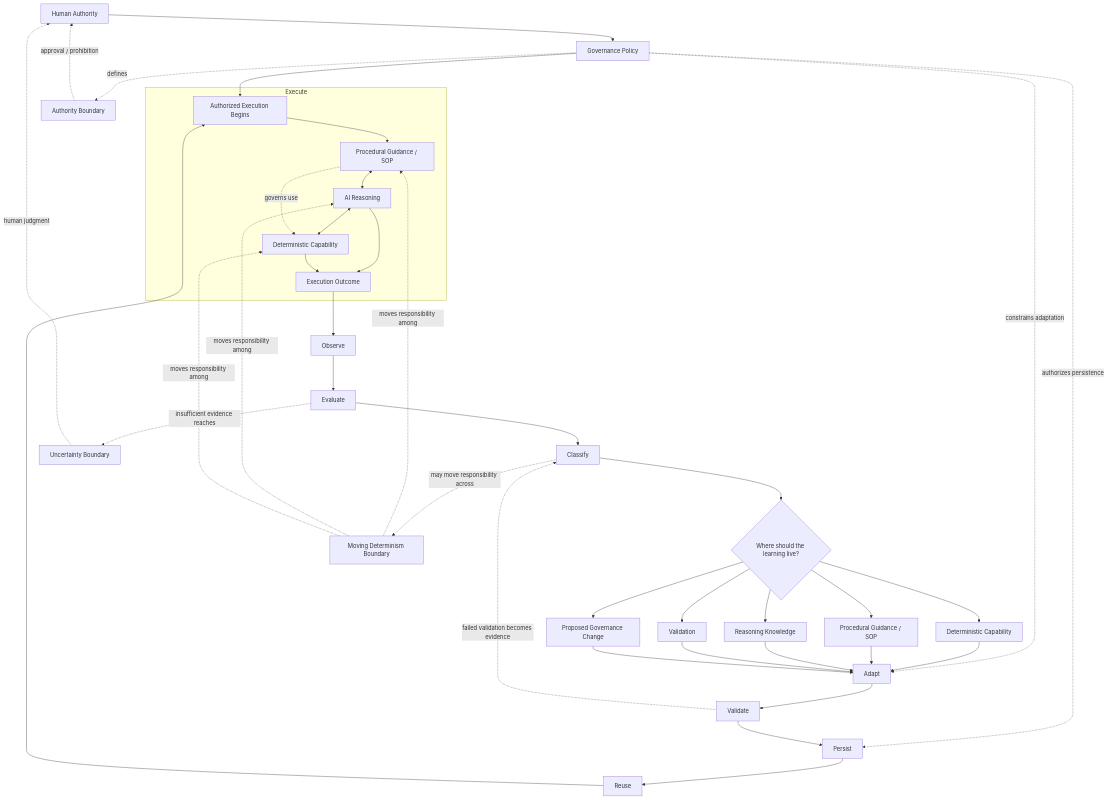
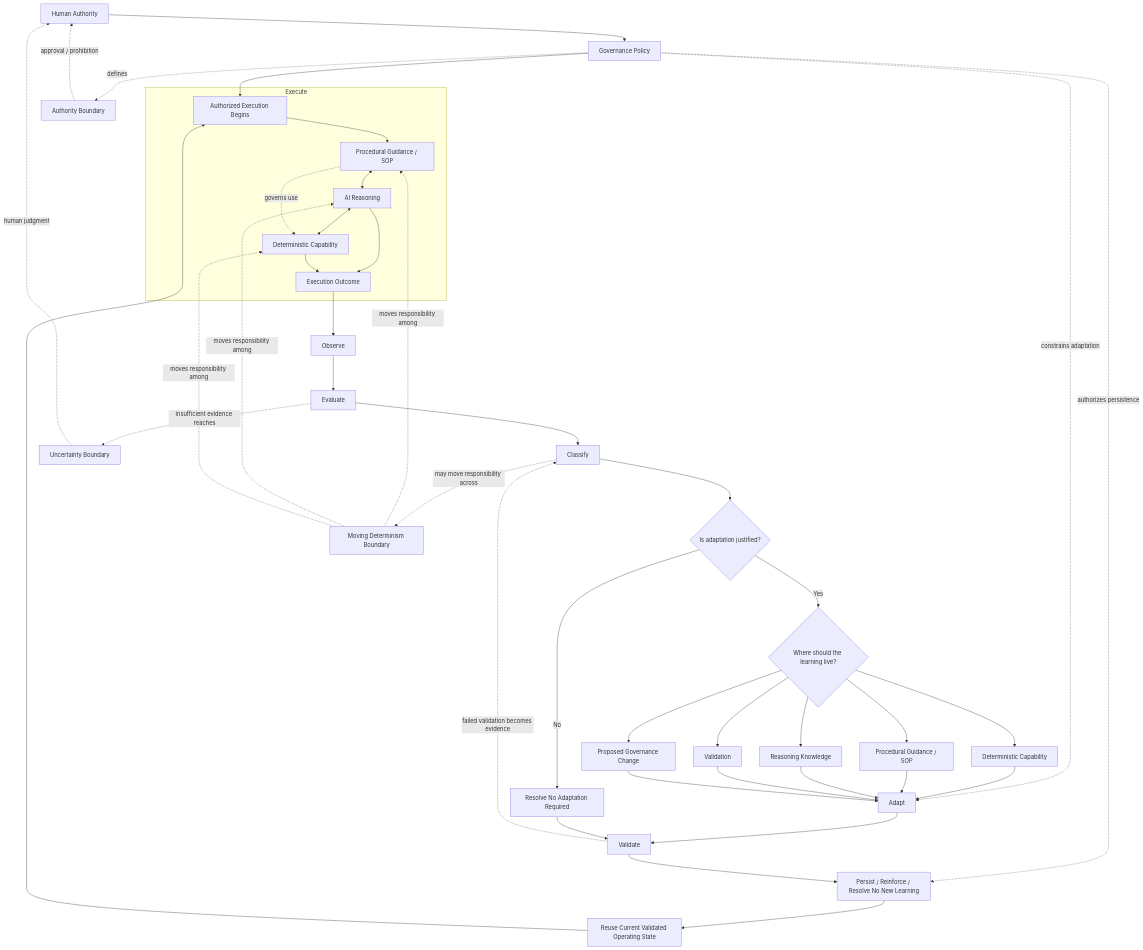
Before and after one commit to infoconex/ai-flywheel: the diagram in docs/architecture/operating-model.md, drawn with Mermaid. The commit also changed other lines of this file and 23 other files, not shown here.

````diff
--- a/docs/architecture/operating-model.md
+++ b/docs/architecture/operating-model.md
@@ -9,57 +9,60 @@
 ```mermaid
 flowchart TD
     H[Human Authority] --> G[Governance Policy]
 
     G --> START
     G -. constrains adaptation .-> A
     G -. authorizes persistence .-> P
 
     subgraph EXECUTE[Execute]
         START[Authorized Execution Begins]
         SOP[Procedural Guidance / SOP]
         AI[AI Reasoning]
         DC[Deterministic Capability]
         OUT[Execution Outcome]
 
         START --> SOP
         SOP <--> AI
         AI <--> DC
         SOP -. governs use .-> DC
         AI --> OUT
         DC --> OUT
     end
 
     OUT --> O[Observe]
     O --> E[Evaluate]
     E --> C[Classify]
 
-    C --> Q{Where should the learning live?}
+    C --> CHANGE{Is adaptation justified?}
+    CHANGE -->|Yes| Q{Where should the learning live?}
+    CHANGE -->|No| N[Resolve No Adaptation Required]
 
     Q --> D1[Deterministic Capability]
     Q --> D2[Procedural Guidance / SOP]
     Q --> D3[Reasoning Knowledge]
     Q --> D4[Validation]
     Q --> D5[Proposed Governance Change]
 
     D1 --> A[Adapt]
     D2 --> A
     D3 --> A
     D4 --> A
     D5 --> A
 
     A --> V[Validate]
-    V --> P[Persist]
-    P --> R[Reuse]
+    N --> V
+    V --> P[Persist / Reinforce / Resolve No New Learning]
+    P --> R[Reuse Current Validated Operating State]
     R --> START
 
     V -. failed validation becomes evidence .-> C
     C -. may move responsibility across .-> MDB[Moving Determinism Boundary]
     MDB -. moves responsibility among .-> SOP
     MDB -. moves responsibility among .-> AI
     MDB -. moves responsibility among .-> DC
 
     G -. defines .-> AB[Authority Boundary]
     E -. insufficient evidence reaches .-> UB[Uncertainty Boundary]
     AB -. approval / prohibition .-> H
     UB -. human judgment .-> H
 ```
````
